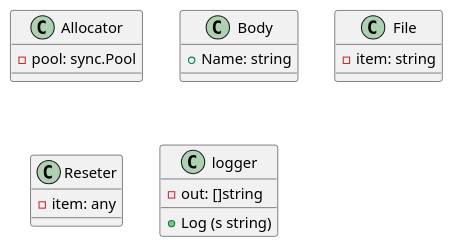
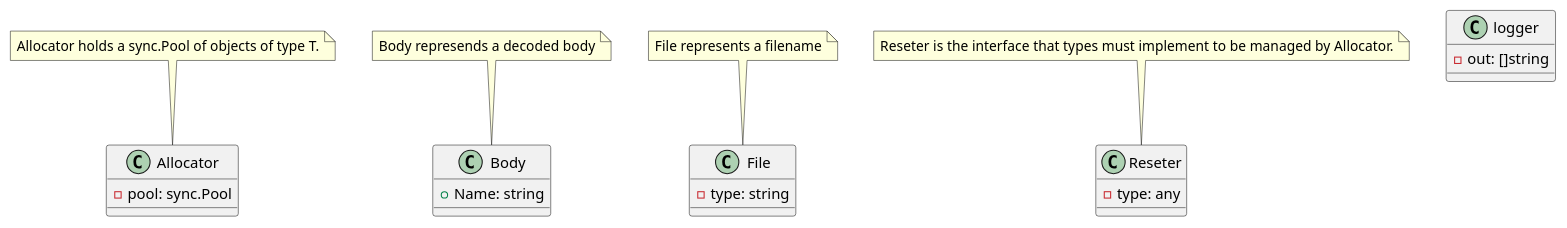
One commit to titpetric/exp changed the diagram in cmd/go-fsck/example/go-fsck.puml. Above: the diagram before and after it, drawn with PlantUML. The commit also changed 29 other files, not shown here.

Commit message:
go-fsck: improvements to plantuml outputs

```diff
--- a/cmd/go-fsck/example/go-fsck.puml
+++ b/cmd/go-fsck/example/go-fsck.puml
@@ -1,24 +1,49 @@
 @startuml
 
 class Allocator {
   - pool: sync.Pool
 }
 
 class Body {
   + Name: string
 }
 
 class File {
-  - item: string
+  - type: string
 }
 
 class Reseter {
-  - item: any
+  - type: any
 }
 
 class logger {
   - out: []string
-  + Log (s string)
 }
 
+
+note top of Allocator
+Allocator holds a sync.Pool of objects of type T.
+end note
+
+
+
+note top of Body
+Body represends a decoded body
+end note
+
+
+
+note top of File
+File represents a filename
+end note
+
+
+
+note top of Reseter
+Reseter is the interface that types must implement to be managed by Allocator.
+end note
+
+
+
+
 @enduml
```
